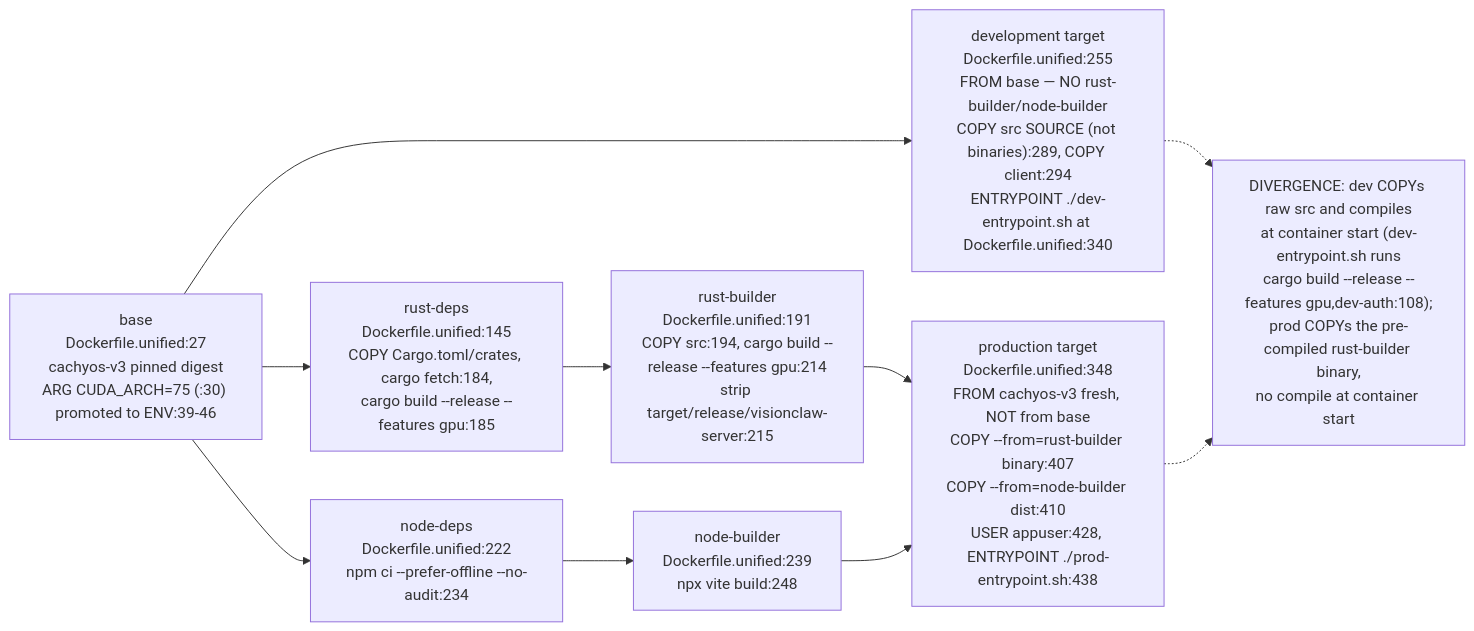
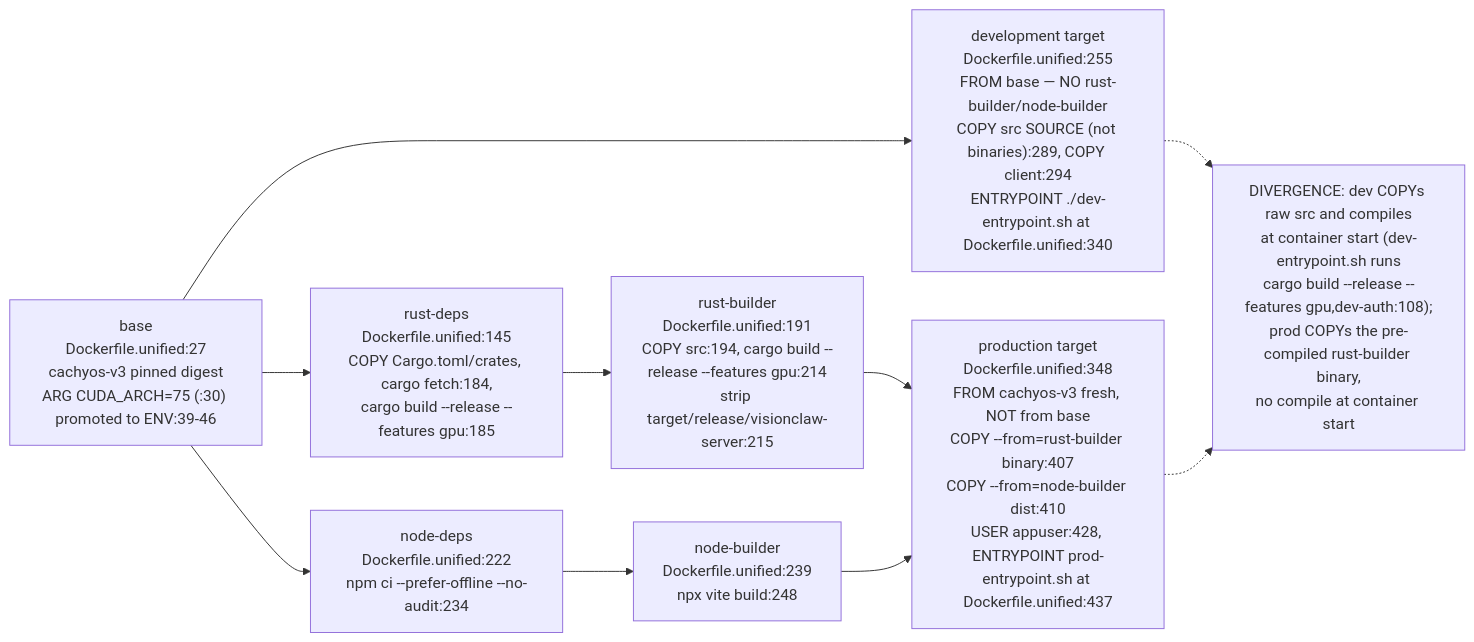
The third of 21 diagrams in docs/diagrams/estate/09-build-deploy-and-ci-estate.md (DreamLab-AI/VisionFlow), drawn with Mermaid before and after one commit. The commit also changed other lines of this file and 185 other files, not shown here.

Commit message:
docs(estate): reconcile diagrams and ADRs with source and define closeout sprint

````diff
--- a/docs/diagrams/estate/09-build-deploy-and-ci-estate.md
+++ b/docs/diagrams/estate/09-build-deploy-and-ci-estate.md
@@ -147,20 +148,20 @@
 ```mermaid
 flowchart LR
     BASE["base<br/>Dockerfile.unified:27<br/>cachyos-v3 pinned digest<br/>ARG CUDA_ARCH=75 (:30) promoted to ENV:39-46"]
     RUSTDEPS["rust-deps<br/>Dockerfile.unified:145<br/>COPY Cargo.toml/crates, cargo fetch:184,<br/>cargo build --release --features gpu:185"]
     RUSTBUILD["rust-builder<br/>Dockerfile.unified:191<br/>COPY src:194, cargo build --release --features gpu:214<br/>strip target/release/visionclaw-server:215"]
     NODEDEPS["node-deps<br/>Dockerfile.unified:222<br/>npm ci --prefer-offline --no-audit:234"]
     NODEBUILD["node-builder<br/>Dockerfile.unified:239<br/>npx vite build:248"]
     DEV["development target<br/>Dockerfile.unified:255<br/>FROM base — NO rust-builder/node-builder<br/>COPY src SOURCE (not binaries):289, COPY client:294<br/>ENTRYPOINT ./dev-entrypoint.sh at Dockerfile.unified:340"]
-    PROD["production target<br/>Dockerfile.unified:348<br/>FROM cachyos-v3 fresh, NOT from base<br/>COPY --from=rust-builder binary:407<br/>COPY --from=node-builder dist:410<br/>USER appuser:428, ENTRYPOINT ./prod-entrypoint.sh:438"]
+    PROD["production target<br/>Dockerfile.unified:348<br/>FROM cachyos-v3 fresh, NOT from base<br/>COPY --from=rust-builder binary:407<br/>COPY --from=node-builder dist:410<br/>USER appuser:428, ENTRYPOINT prod-entrypoint.sh at Dockerfile.unified:437"]
 
     BASE --> RUSTDEPS --> RUSTBUILD
     BASE --> NODEDEPS --> NODEBUILD
     BASE --> DEV
     RUSTBUILD --> PROD
     NODEBUILD --> PROD
 
     DIVERGE["DIVERGENCE: dev COPYs raw src and compiles<br/>at container start (dev-entrypoint.sh runs<br/>cargo build --release --features gpu,dev-auth:108);<br/>prod COPYs the pre-compiled rust-builder binary,<br/>no compile at container start"]
     DEV -.-> DIVERGE
     PROD -.-> DIVERGE
 ```
````
